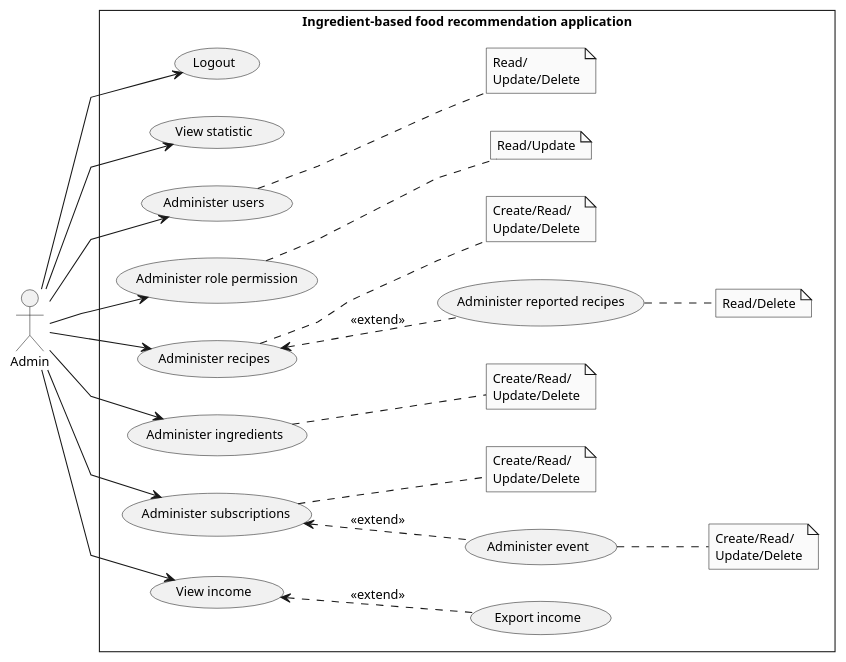
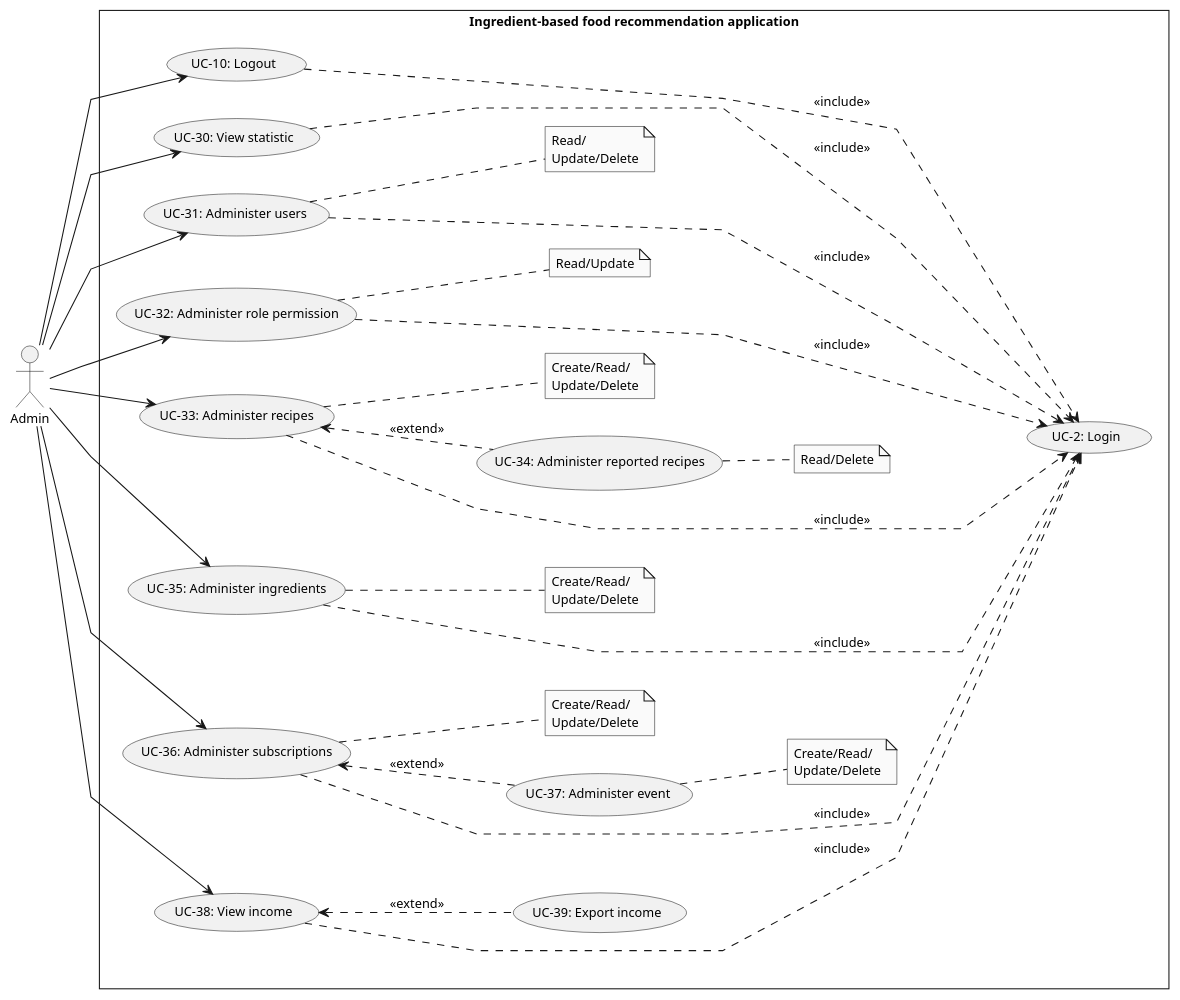
The diagram in doc/SRS/Usecase/AdminUsecase.plantuml (Carl-Johnsons/tastopia), drawn with PlantUML before and after one commit. The commit also changed 2 other files, not shown here.

Commit message:
doc: add include login and numbering usecase

```diff
--- a/doc/SRS/Usecase/AdminUsecase.plantuml
+++ b/doc/SRS/Usecase/AdminUsecase.plantuml
@@ -1,51 +1,62 @@
 @startuml AdminUsecase
 skinparam style strictuml
 skinparam monochrome true
 skinparam linetype polyline
 skinparam defaultFontSize 12
 left to right direction
 actor "Admin" as admin
 ' actor "Admin" as admin
 rectangle Ingredient-based<U+0020>food<U+0020>recommendation<U+0020>application {
-    usecase "Logout" as ucLogout
-    usecase "View statistic" as ucViewStatistic
-    usecase "Administer reported recipes" as ucAdmReportedRepices
-    usecase "Administer users" as ucAdmUser
-    usecase "Administer role permission" as ucAdmRolePermis
-    usecase "Administer recipes" as ucAdmRecipe
-    usecase "Administer ingredients" as ucAdmIngre
-    usecase "Administer subscriptions" as ucAdmSubcript
-    usecase "Administer event" as ucAdmEvent
-    usecase "View income" as ucViewIncome
-    usecase "Export income" as ucExportIncome
+    usecase "UC-2: Login" as ucLogin
+    usecase "UC-10: Logout" as ucLogout
+
+    usecase "UC-30: View statistic" as ucViewStatistic
+    usecase "UC-34: Administer reported recipes" as ucAdmReportedRepices
+    usecase "UC-31: Administer users" as ucAdmUser
+    usecase "UC-32: Administer role permission" as ucAdmRolePermis
+    usecase "UC-33: Administer recipes" as ucAdmRecipe
+    usecase "UC-35: Administer ingredients" as ucAdmIngre
+    usecase "UC-36: Administer subscriptions" as ucAdmSubcript
+    usecase "UC-37: Administer event" as ucAdmEvent
+    usecase "UC-38: View income" as ucViewIncome
+    usecase "UC-39: Export income" as ucExportIncome
 
     note "Read/\nUpdate/Delete" as noteAdmUser
     note "Create/Read/\nUpdate/Delete" as noteAdmRecipe
     note "Create/Read/\nUpdate/Delete" as noteAdmIngre
     note "Create/Read/\nUpdate/Delete" as noteAdmSubcipt
     note "Create/Read/\nUpdate/Delete" as noteAdmEvent
     note "Read/Delete" as noteAdmReportedRecipes
     note "Read/Update" as noteAmdRolePermis
 
     admin --> ucAdmUser
         ucAdmUser .. noteAdmUser
     admin --> ucAdmRecipe
         ucAdmRecipe <.. ucAdmReportedRepices : <<extend>>
             ucAdmReportedRepices .. noteAdmReportedRecipes
         ucAdmRecipe .. noteAdmRecipe
     admin --> ucAdmIngre
         ucAdmIngre .. noteAdmIngre
     admin --> ucAdmRolePermis
         ucAdmRolePermis .. noteAmdRolePermis
     admin --> ucAdmSubcript
         ucAdmSubcript <.. ucAdmEvent : <<extend>>
             ucAdmEvent .. noteAdmEvent
         ucAdmSubcript .. noteAdmSubcipt
     admin --> ucViewStatistic
     admin --> ucViewIncome
         ucViewIncome <.. ucExportIncome : <<extend>>
     admin --> ucLogout
 
+    ucLogout .....> ucLogin : <<include>>
+    ucViewStatistic .....> ucLogin : <<include>>
+    ucAdmUser .....> ucLogin : <<include>>
+    ucAdmRolePermis .....> ucLogin : <<include>>
+    ucAdmRecipe .....> ucLogin : <<include>>
+    ucAdmIngre .....> ucLogin : <<include>>
+    ucAdmSubcript .....> ucLogin : <<include>>
+    ucViewIncome .....> ucLogin : <<include>>
+
 }
 
 @enduml
```
